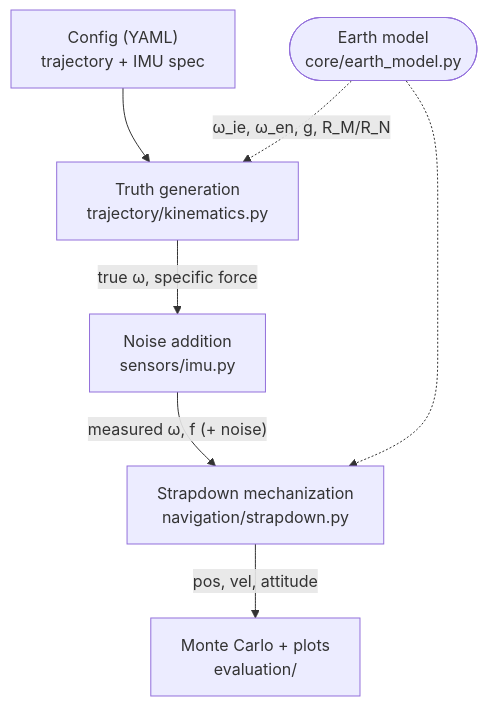
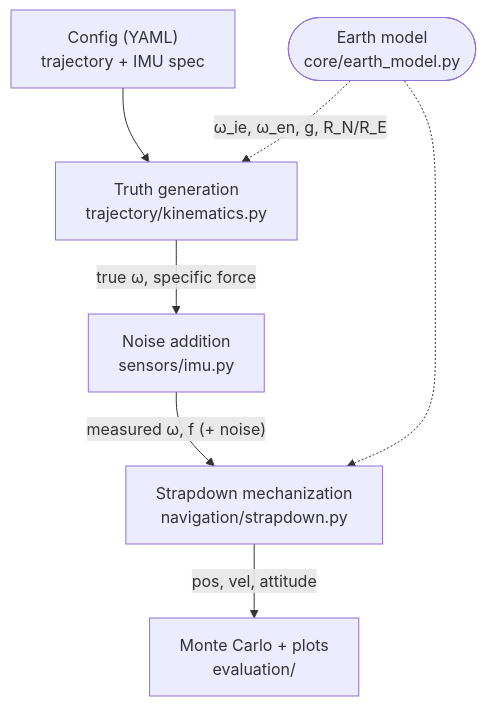
The diagram in README.md (AbdallahZarif/ins_sim), drawn with Mermaid before and after one commit. The commit also changed other lines of this file and 20 other files, not shown here.

````diff
--- a/README.md
+++ b/README.md
@@ -125,16 +125,16 @@
 ```mermaid
 flowchart TD
     CFG["Config (YAML)<br/>trajectory + IMU spec"]
     TRUTH["Truth generation<br/>trajectory/kinematics.py"]
     SENSOR["Noise addition<br/>sensors/imu.py"]
     NAV["Strapdown mechanization<br/>navigation/strapdown.py"]
     EVAL["Monte Carlo + plots<br/>evaluation/"]
     EARTH(["Earth model<br/>core/earth_model.py"])
 
     CFG --> TRUTH
     TRUTH -->|"true ω, specific force"| SENSOR
     SENSOR -->|"measured ω, f (+ noise)"| NAV
     NAV -->|"pos, vel, attitude"| EVAL
-    EARTH -.->|"ω_ie, ω_en, g, R_M/R_N"| TRUTH
+    EARTH -.->|"ω_ie, ω_en, g, R_N/R_E"| TRUTH
     EARTH -.-> NAV
 ```
````
